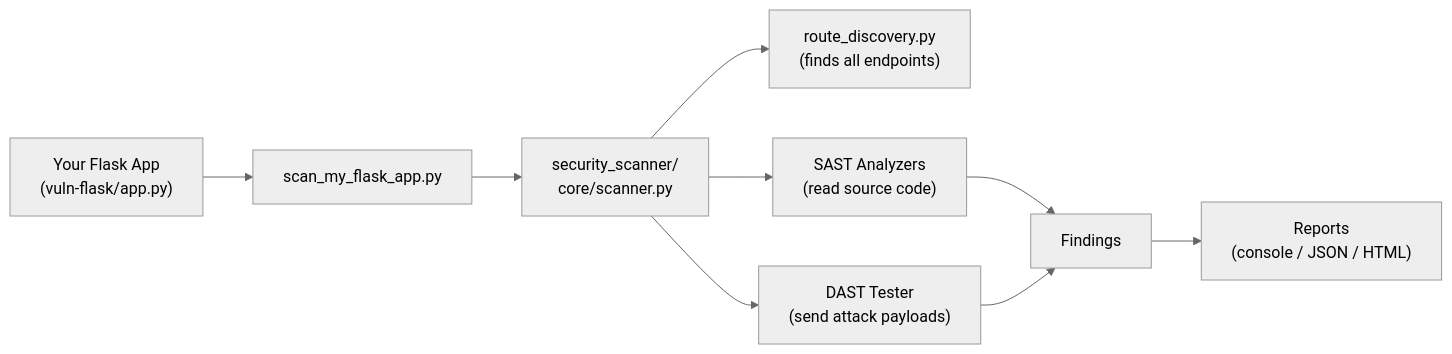
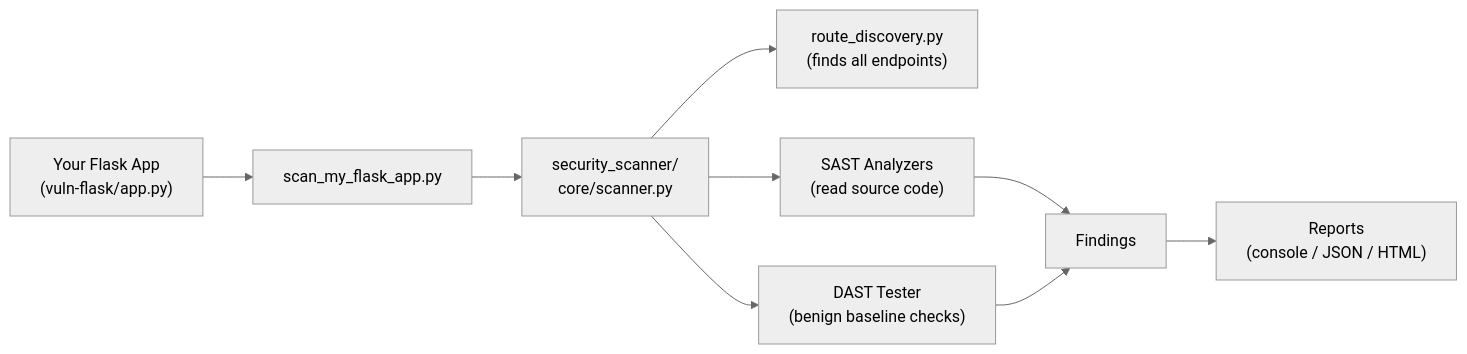
One commit to PranavObliterates/python-security-scanner changed the diagram in project_guide.md. Above: the diagram before and after it, drawn with Mermaid (neutral theme). The commit also changed other lines of this file and 1 other file, not shown here.

````diff
--- a/project_guide.md
+++ b/project_guide.md
@@ -184,11 +179,11 @@
 ```mermaid
 flowchart LR
     A["Your Flask App\n(vuln-flask/app.py)"] --> B["scan_my_flask_app.py"]
     B --> C["security_scanner/\ncore/scanner.py"]
     C --> D["route_discovery.py\n(finds all endpoints)"]
     C --> E["SAST Analyzers\n(read source code)"]
-    C --> F["DAST Tester\n(send attack payloads)"]
+    C --> F["DAST Tester\n(benign baseline checks)"]
     E --> G["Findings"]
     F --> G
     G --> H["Reports\n(console / JSON / HTML)"]
 ```
````
